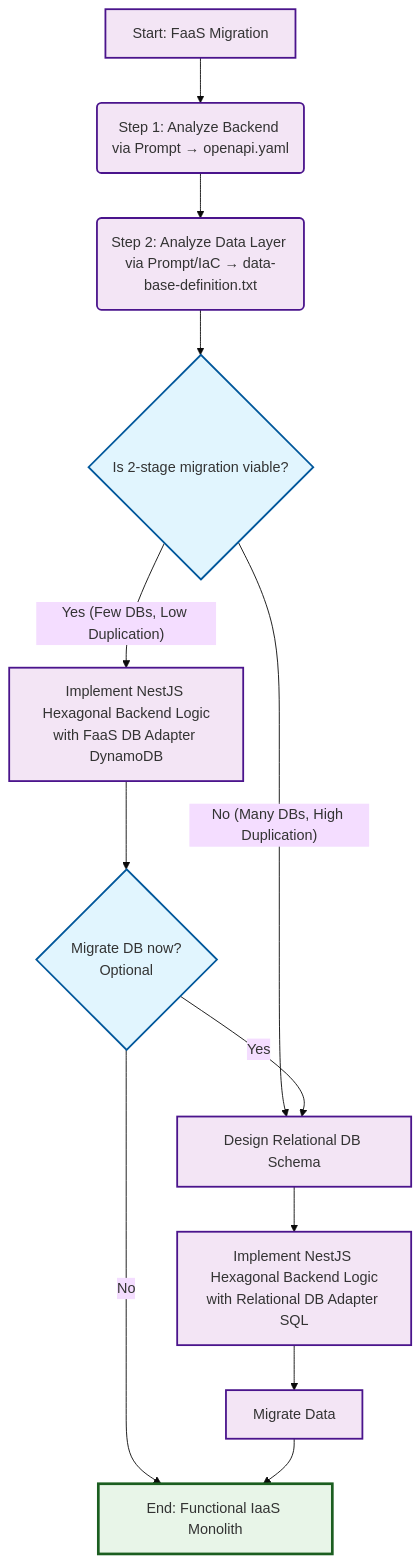
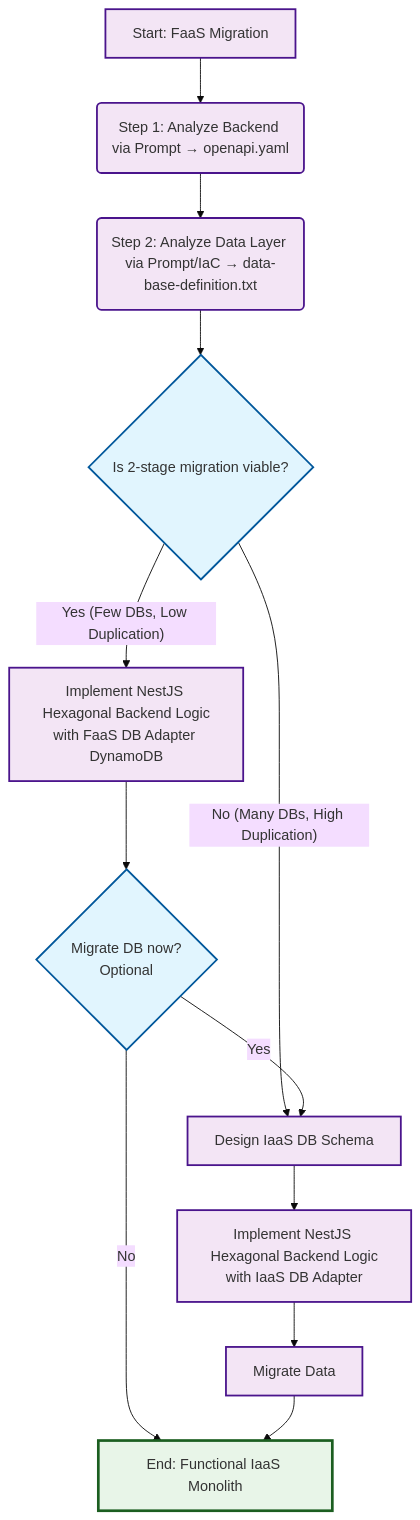
Before and after one commit to vifor/faas-to-iaas-migration-framework: the diagram in docs/framework-flow-en.md, drawn with Mermaid (base theme). The commit also changed other lines of this file and 1 other file, not shown here.

````diff
--- a/docs/framework-flow-en.md
+++ b/docs/framework-flow-en.md
@@ -7,29 +7,29 @@
 ```mermaid
 flowchart TD
     A[Start: FaaS Migration] --> B(Step 1: Analyze Backend via Prompt → openapi.yaml)
     B --> C(Step 2: Analyze Data Layer via Prompt/IaC → data-base-definition.txt)
     C --> D{Is 2-stage migration viable?}
 
     %% Unified Path - Defines DB steps
-    D -->|"No (Many DBs, High Duplication)"| L[Design Relational DB Schema]
-    L --> M[Implement NestJS Hexagonal Backend Logic<br>with Relational DB Adapter SQL]
+    D -->|"No (Many DBs, High Duplication)"| L[Design IaaS DB Schema]
+    L --> M[Implement NestJS Hexagonal Backend Logic<br>with IaaS DB Adapter]
     M --> N[Migrate Data]
 
     %% 2-Stage Path - Reuses DB steps
     D -->|"Yes (Few DBs, Low Duplication)"| E[Implement NestJS Hexagonal Backend Logic<br>with FaaS DB Adapter DynamoDB]
     E --> G{Migrate DB now?<br>Optional}
     G -->|No| H[End: Functional IaaS Monolith]
     G -->|Yes| L
 
     %% Finalization - All paths converge here
     N --> H
 
     %% Styles
     classDef decisionNode fill:#e1f5fe,stroke:#01579b,stroke-width:2px
     classDef processNode fill:#f3e5f5,stroke:#4a148c,stroke-width:2px
     classDef endNode fill:#e8f5e8,stroke:#1b5e20,stroke-width:3px
-    
+
     class D,G decisionNode
     class A,B,C,E,L,M,N processNode
     class H endNode
 ```
````
